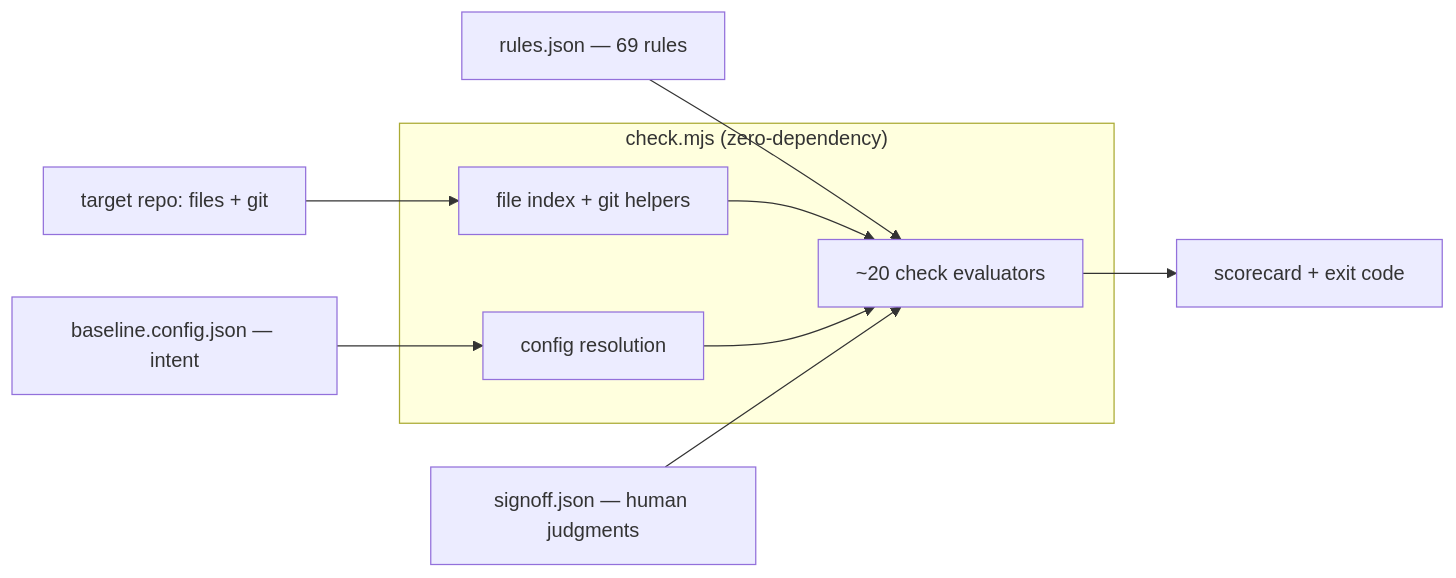
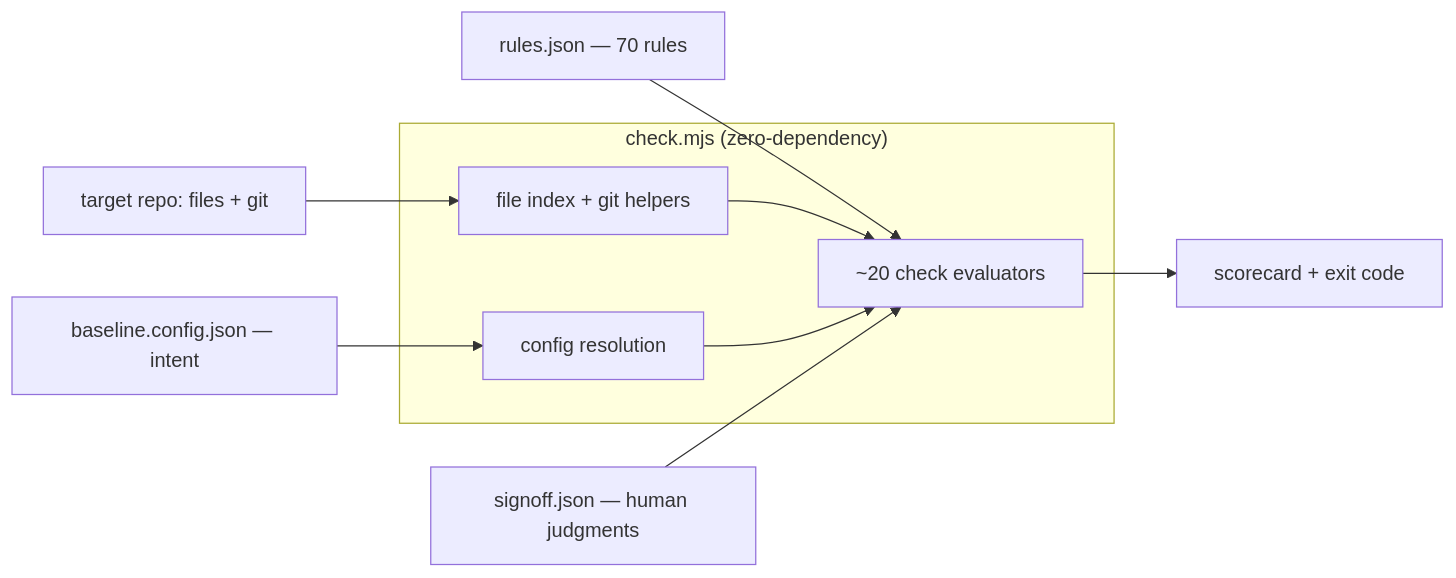
One commit to AdarGit008/baseline-skill changed the first of 3 diagrams in REFERENCE.md. Above: the diagram before and after it, drawn with Mermaid. The commit also changed other lines of this file and 6 other files, not shown here.

````diff
--- a/REFERENCE.md
+++ b/REFERENCE.md
@@ -58,12 +58,12 @@
 ```mermaid
 flowchart LR
   CFG["baseline.config.json — intent"] --> RES
-  RULES["rules.json — 69 rules"] --> EVAL
+  RULES["rules.json — 70 rules"] --> EVAL
   REPO["target repo: files + git"] --> IDX
   subgraph ENGINE["check.mjs (zero-dependency)"]
     IDX["file index + git helpers"] --> EVAL["~20 check evaluators"]
     RES["config resolution"] --> EVAL
   end
   SO["signoff.json — human judgments"] --> EVAL
   EVAL --> OUT["scorecard + exit code"]
 ```
````
